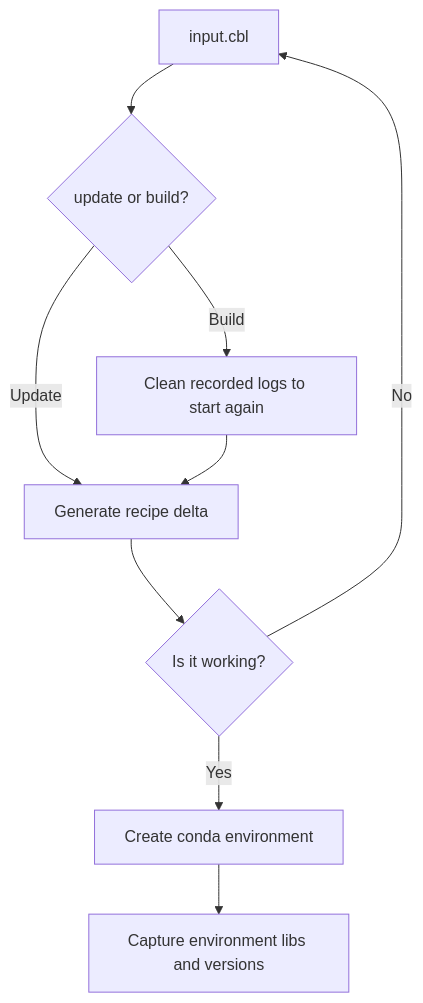
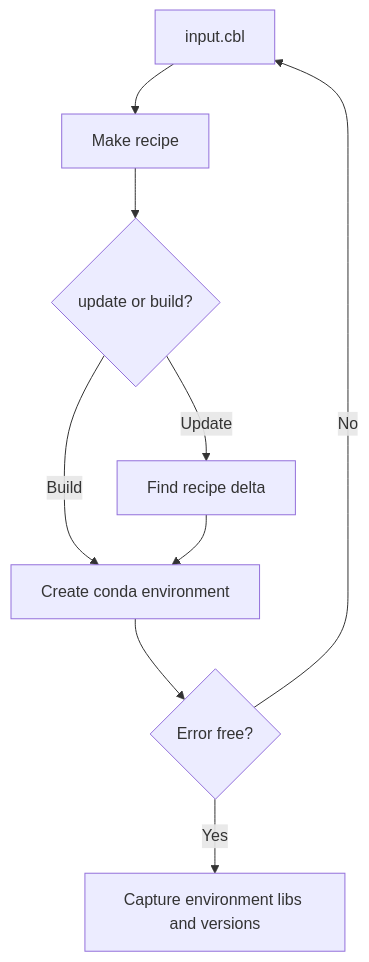
One commit to coble-tools/coble changed the diagram in docs/overview.md. Above: the diagram before and after it, drawn with Mermaid.

Commit message:
docs flowchart

````diff
--- a/docs/overview.md
+++ b/docs/overview.md
@@ -5,11 +5,11 @@
 ```mermaid
 flowchart TD
-	A[input.cbl] --> B{update or build?}
-	B -- Build --> C[Clean recorded logs to start again]
-	B -- Update --> D[Generate recipe delta]
-	C --> D	
-	D --> E{Is it working?}
-	E -- No --> A
-	E -- Yes --> F[Create conda environment]
-	F --> G[Capture environment libs and versions]
+	INP[input.cbl] --> REC[Make recipe]
+	REC --> UPD_BLD{update or build?}
+	UPD_BLD -- Update --> DLT[Find recipe delta]
+	UPD_BLD -- Build --> CRE[Create conda environment]
+	DLT --> CRE	
+	CRE --> ERR{Error free?}
+	ERR -- No --> INP
+	ERR -- Yes --> CAP[Capture environment libs and versions]	
 ```
````
